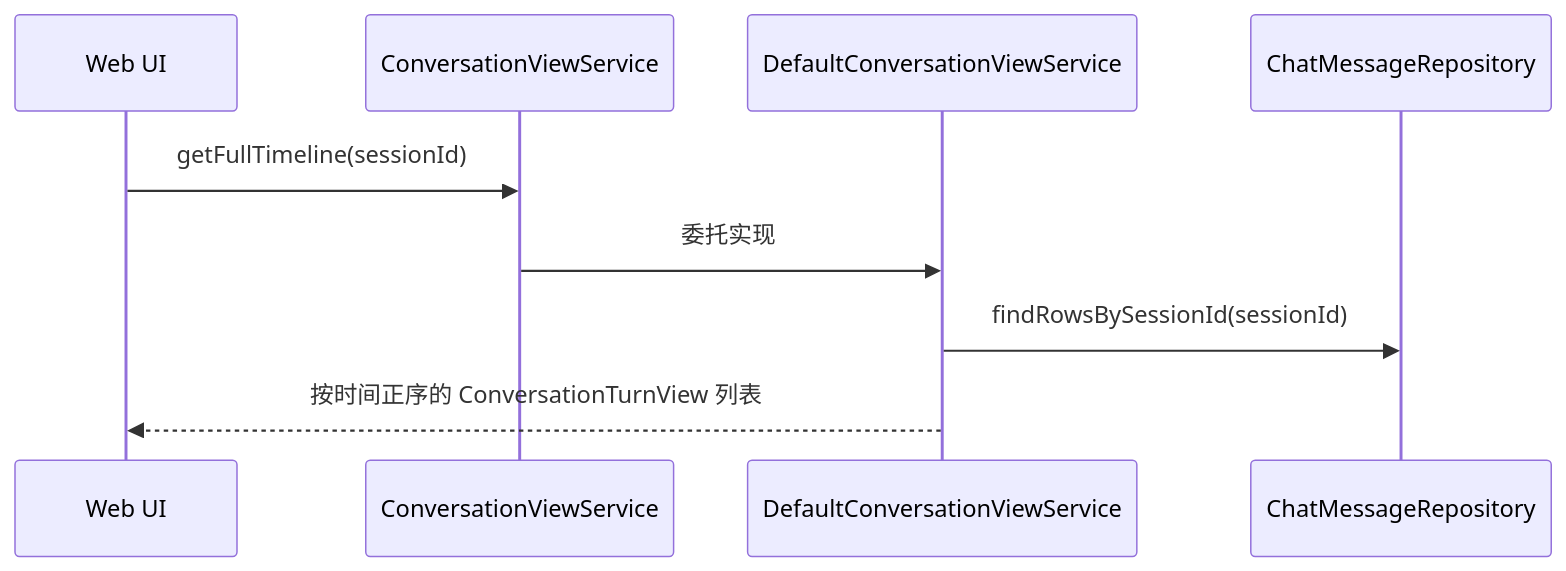
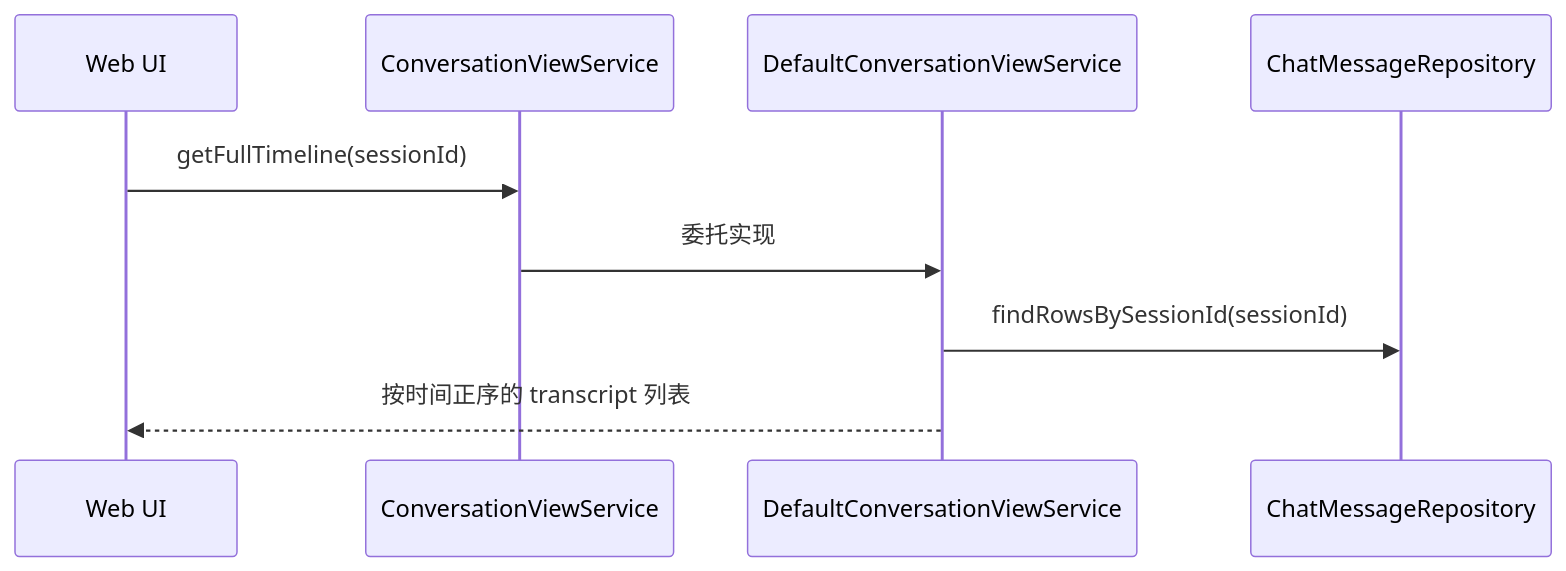
The third of 3 diagrams in docs/architecture/conversation.md (ntygod/LifePilot), drawn with Mermaid before and after one commit. The commit also changed other lines of this file and 11 other files, not shown here.

````diff
--- a/docs/architecture/conversation.md
+++ b/docs/architecture/conversation.md
@@ -106,12 +104,12 @@
 ```mermaid
 sequenceDiagram
     participant UI as Web UI
     participant CVS as ConversationViewService
     participant DCS as DefaultConversationViewService
     participant Repo as ChatMessageRepository
 
     UI->>CVS: getFullTimeline(sessionId)
     CVS->>DCS: 委托实现
     DCS->>Repo: findRowsBySessionId(sessionId)
-    DCS-->>UI: 按时间正序的 ConversationTurnView 列表
+    DCS-->>UI: 按时间正序的 transcript 列表
 ```
````
